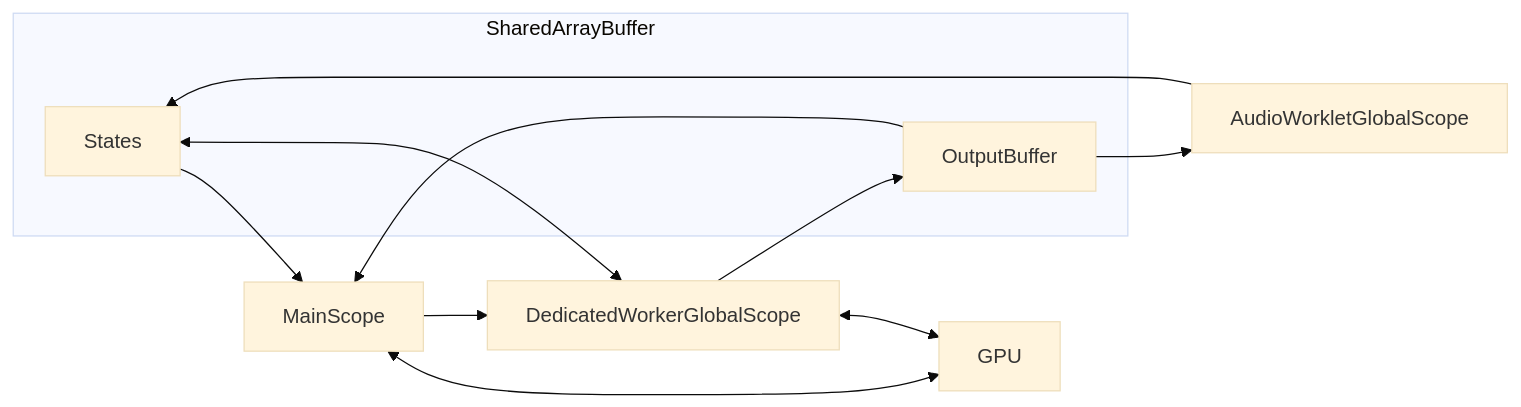
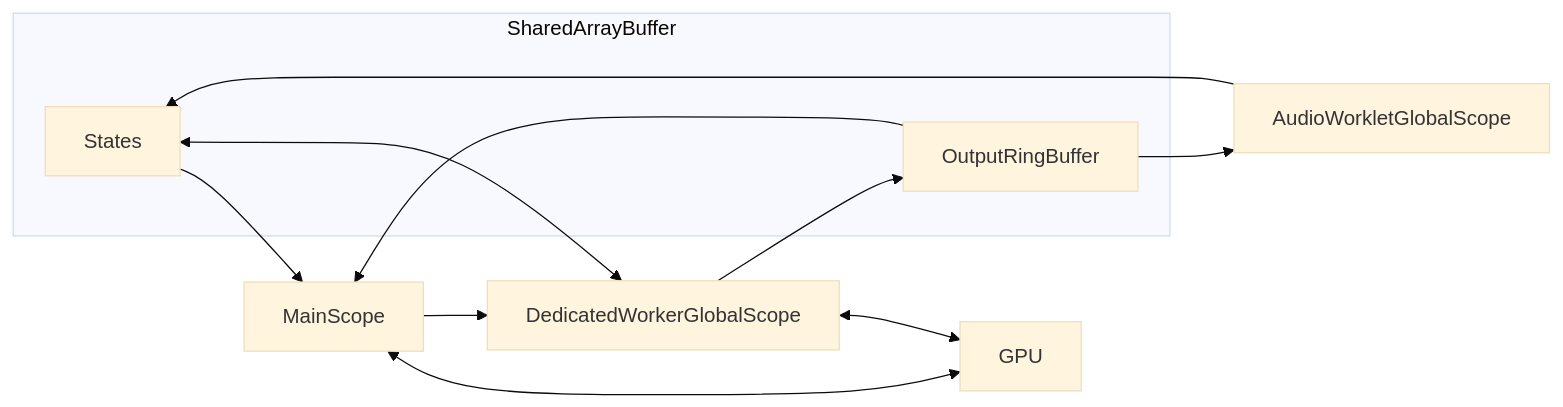
One commit to intsuc/webgpu-synth changed the diagram in README.md. Above: the diagram before and after it, drawn with Mermaid (base theme).

Commit message:
Change `OutputBuffer` to `OutputRingBuffer`

````diff
--- a/README.md
+++ b/README.md
@@ -5,19 +5,19 @@
 ```mermaid
 flowchart LR
   subgraph SharedArrayBuffer
     States
-    OutputBuffer
+    OutputRingBuffer
   end
 
   MainScope --> DedicatedWorkerGlobalScope
   States --> MainScope
-  OutputBuffer --> MainScope
+  OutputRingBuffer --> MainScope
   MainScope <--> GPU
 
-  DedicatedWorkerGlobalScope --> OutputBuffer
+  DedicatedWorkerGlobalScope --> OutputRingBuffer
   DedicatedWorkerGlobalScope <--> States
   DedicatedWorkerGlobalScope <--> GPU
 
   AudioWorkletGlobalScope --> States
-  OutputBuffer --> AudioWorkletGlobalScope
+  OutputRingBuffer --> AudioWorkletGlobalScope
 ```
````
